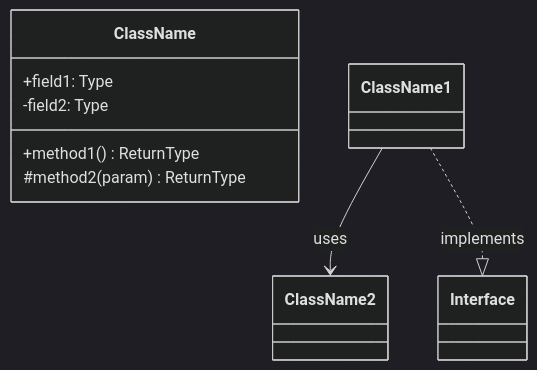
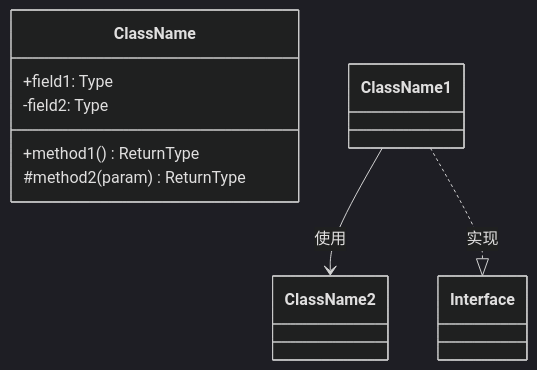
The first of 4 diagrams in skills/uml-generator/skill.md (kingoliang/polyglot-engineering-claude-plugin), drawn with Mermaid (dark theme) before and after one commit. The commit also changed other lines of this file and 31 other files, not shown here.

````diff
--- a/skills/uml-generator/skill.md
+++ b/skills/uml-generator/skill.md
@@ -27,11 +27,11 @@
 ```mermaid
 classDiagram
     class ClassName {
         +field1: Type
         -field2: Type
         +method1() ReturnType
         #method2(param) ReturnType
     }
-    ClassName1 --> ClassName2 : uses
-    ClassName1 ..|> Interface : implements
+    ClassName1 --> ClassName2 : 使用
+    ClassName1 ..|> Interface : 实现
 ```
````
